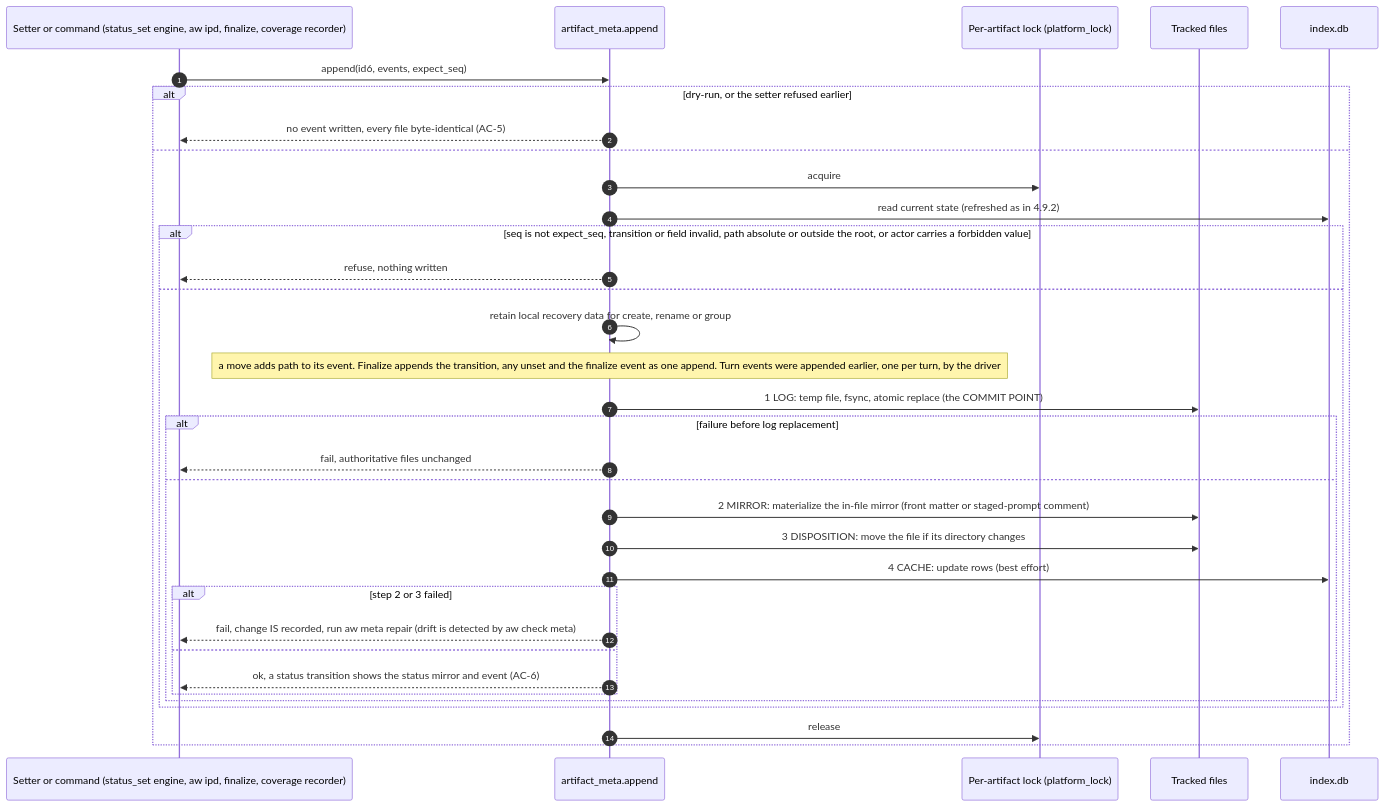
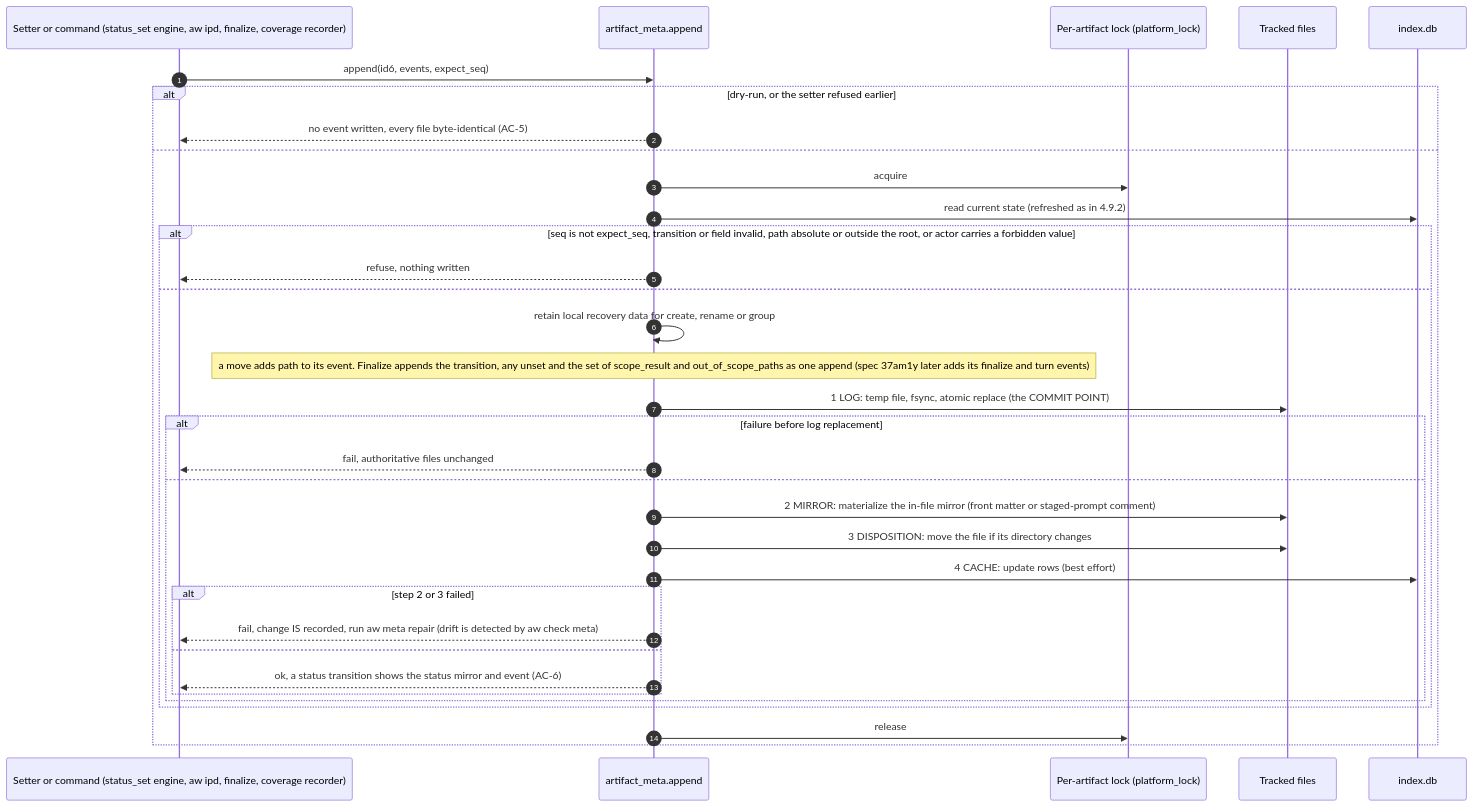
The sixth of 10 diagrams in .aw/records/specs/reviewed/20260925-metastore-01-4sd62s-artifact-metadata-store.spec.md (fariello/agent-workflows), drawn with Mermaid before and after one commit. The commit also changed other lines of this file and 2 other files, not shown here.

First line of the commit message:
spec(4sd62s): fix split seams (dangling finalize/turn references, interim scope fields, scope_exceptions)

````diff
--- a/.aw/records/specs/reviewed/20260925-metastore-01-4sd62s-artifact-metadata-store.spec.md
+++ b/.aw/records/specs/reviewed/20260925-metastore-01-4sd62s-artifact-metadata-store.spec.md
@@ -1598,36 +1598,36 @@
 ```mermaid
 sequenceDiagram
     autonumber
     participant S as Setter or command (status_set engine, aw ipd, finalize, coverage recorder)
     participant M as artifact_meta.append
     participant L as Per-artifact lock (platform_lock)
     participant G as Tracked files
     participant C as index.db
     S->>M: append(id6, events, expect_seq)
     alt dry-run, or the setter refused earlier
         M-->>S: no event written, every file byte-identical (AC-5)
     else
         M->>L: acquire
         M->>C: read current state (refreshed as in 4.9.2)
         alt seq is not expect_seq, transition or field invalid, path absolute or outside the root, or actor carries a forbidden value
             M-->>S: refuse, nothing written
         else
             M->>M: retain local recovery data for create, rename or group
-            Note over M: a move adds path to its event. Finalize appends the transition, any unset and the finalize event as one append. Turn events were appended earlier, one per turn, by the driver
+            Note over M: a move adds path to its event. Finalize appends the transition, any unset and the set of scope_result and out_of_scope_paths as one append (spec 37am1y later adds its finalize and turn events)
             M->>G: 1 LOG: temp file, fsync, atomic replace (the COMMIT POINT)
             alt failure before log replacement
                 M-->>S: fail, authoritative files unchanged
             else
                 M->>G: 2 MIRROR: materialize the in-file mirror (front matter or staged-prompt comment)
                 M->>G: 3 DISPOSITION: move the file if its directory changes
                 M->>C: 4 CACHE: update rows (best effort)
                 alt step 2 or 3 failed
                     M-->>S: fail, change IS recorded, run aw meta repair (drift is detected by aw check meta)
                 else
                     M-->>S: ok, a status transition shows the status mirror and event (AC-6)
                 end
             end
         end
         M->>L: release
     end
 ```
````
